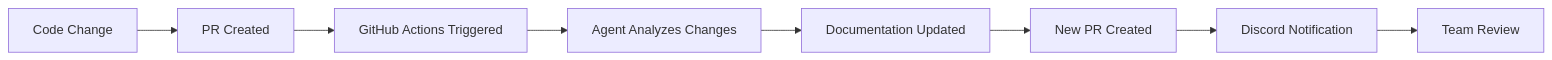
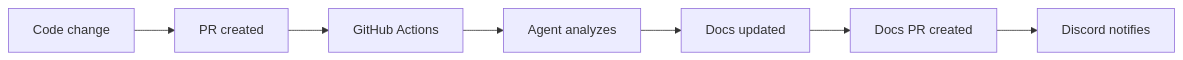
Before and after one commit to davila7/cc-docs: the diagram in claude-code-documentation-studio/docs/docs/workflows/cicd-workflow.md, drawn with Mermaid. The commit also changed other lines of this file and 10 other files, not shown here.

````diff
--- a/claude-code-documentation-studio/docs/docs/workflows/cicd-workflow.md
+++ b/claude-code-documentation-studio/docs/docs/workflows/cicd-workflow.md
@@ -21,10 +19,9 @@
 ```mermaid
 graph LR
-    A[Code Change] --> B[PR Created]
-    B --> C[GitHub Actions Triggered]
-    C --> D[Agent Analyzes Changes]
-    D --> E[Documentation Updated]
-    E --> F[New PR Created]
-    F --> G[Discord Notification]
-    G --> H[Team Review]
+    A[Code change] --> B[PR created]
+    B --> C[GitHub Actions]
+    C --> D[Agent analyzes]
+    D --> E[Docs updated]
+    E --> F[Docs PR created]
+    F --> G[Discord notifies]
 ```
````
